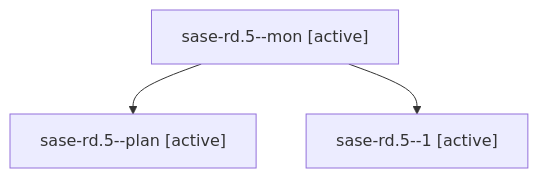
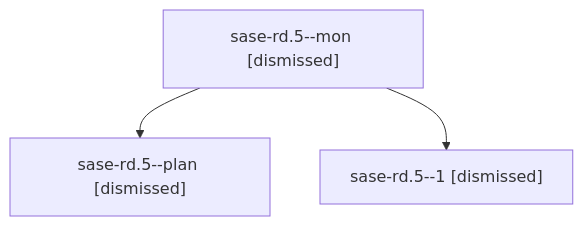
Before and after one commit to sase-org/sase--agents: the diagram in sessions/bbugyi200.athena.sase-rd.5.md, drawn with Mermaid. The commit also changed other lines of this file and 159 other files, not shown here.

````diff
--- a/sessions/bbugyi200.athena.sase-rd.5.md
+++ b/sessions/bbugyi200.athena.sase-rd.5.md
@@ -9,8 +9,8 @@
 ```mermaid
 flowchart TD
-  n0["sase-rd.5--mon [active]"]
-  n1["sase-rd.5--plan [active]"]
+  n0["sase-rd.5--mon [dismissed]"]
+  n1["sase-rd.5--plan [dismissed]"]
   n0 --> n1
-  n2["sase-rd.5--1 [active]"]
+  n2["sase-rd.5--1 [dismissed]"]
   n0 --> n2
 ```
````
